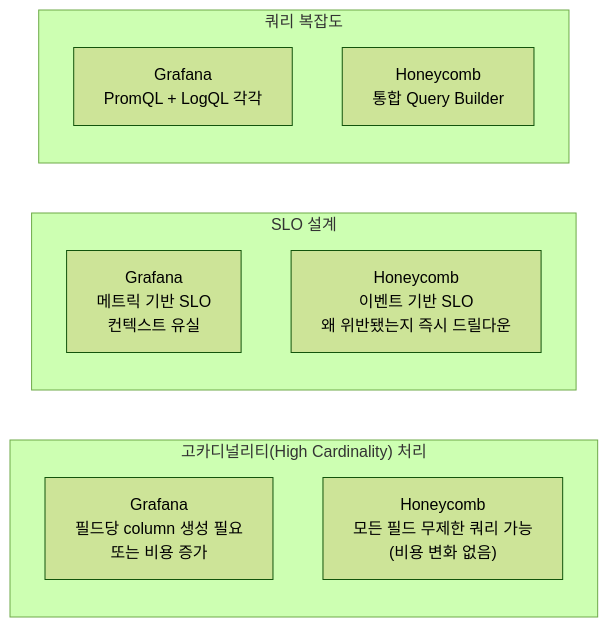
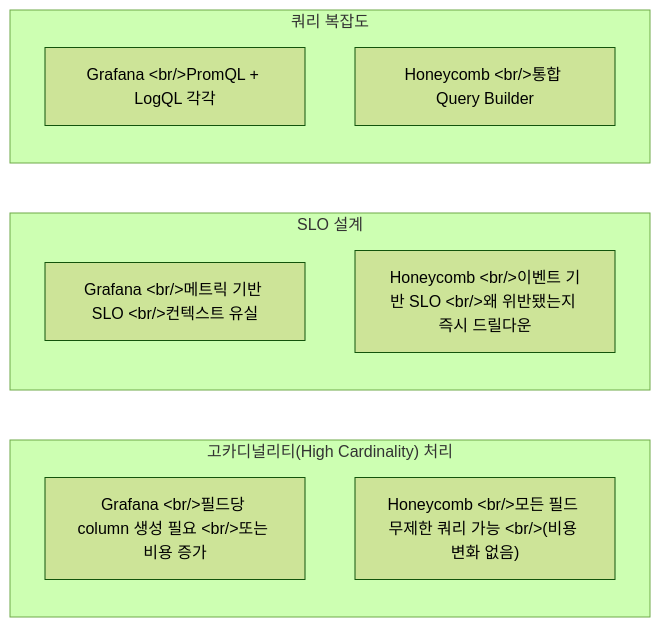
The second of 3 diagrams in content/posts/2026-02-25-observability-honeycomb-vs-grafana.md (ice-ice-bear/ice-ice-bear.github.io), drawn with Mermaid (forest theme) before and after one commit. The commit also changed 5 other files, not shown here.

First line of the commit message:
fix: use HTML entities for <br/> in mermaid labels to prevent Hugo safeHTML rendering

````diff
--- a/content/posts/2026-02-25-observability-honeycomb-vs-grafana.md
+++ b/content/posts/2026-02-25-observability-honeycomb-vs-grafana.md
@@ -72,17 +72,17 @@
 ```mermaid
 graph LR
     subgraph "고카디널리티(High Cardinality) 처리"
-        A["Grafana<br/>필드당 column 생성 필요<br/>또는 비용 증가"]
-        B["Honeycomb<br/>모든 필드 무제한 쿼리 가능<br/>(비용 변화 없음)"]
+        A["Grafana &lt;br/&gt;필드당 column 생성 필요 &lt;br/&gt;또는 비용 증가"]
+        B["Honeycomb &lt;br/&gt;모든 필드 무제한 쿼리 가능 &lt;br/&gt;(비용 변화 없음)"]
     end
 
     subgraph "SLO 설계"
-        C["Grafana<br/>메트릭 기반 SLO<br/>컨텍스트 유실"]
-        D["Honeycomb<br/>이벤트 기반 SLO<br/>왜 위반됐는지 즉시 드릴다운"]
+        C["Grafana &lt;br/&gt;메트릭 기반 SLO &lt;br/&gt;컨텍스트 유실"]
+        D["Honeycomb &lt;br/&gt;이벤트 기반 SLO &lt;br/&gt;왜 위반됐는지 즉시 드릴다운"]
     end
 
     subgraph "쿼리 복잡도"
-        E["Grafana<br/>PromQL + LogQL 각각"]
-        F["Honeycomb<br/>통합 Query Builder"]
+        E["Grafana &lt;br/&gt;PromQL + LogQL 각각"]
+        F["Honeycomb &lt;br/&gt;통합 Query Builder"]
     end
 ```
````
